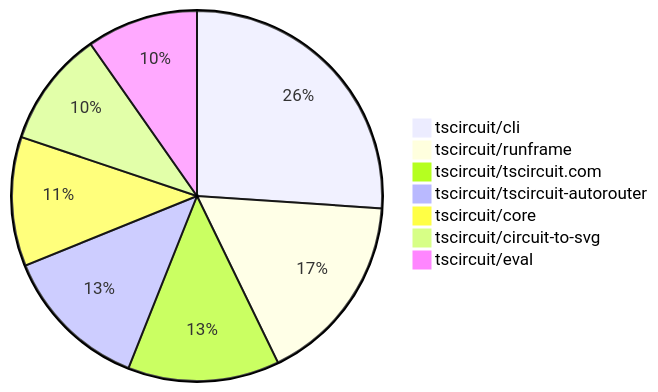
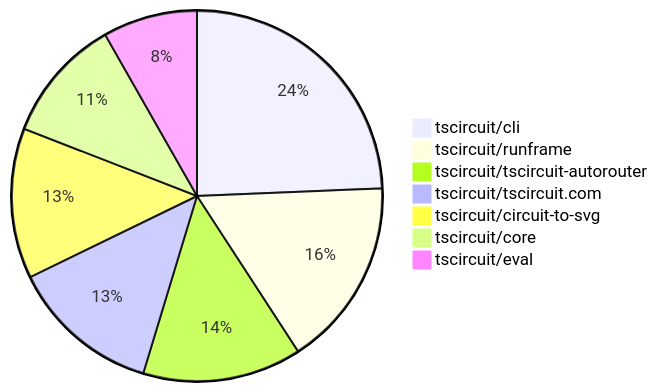
Before and after one commit to tscircuit/contribution-tracker: the second of 2 diagrams in README.md, drawn with Mermaid. The commit also changed other lines of this file and 3 other files, not shown here.

````diff
--- a/README.md
+++ b/README.md
@@ -121,10 +127,10 @@
 ```mermaid
 pie
-    "tscircuit/cli" : 67
-    "tscircuit/runframe" : 43
-    "tscircuit/tscircuit.com" : 34
-    "tscircuit/tscircuit-autorouter" : 33
+    "tscircuit/cli" : 65
+    "tscircuit/runframe" : 44
+    "tscircuit/tscircuit-autorouter" : 37
+    "tscircuit/tscircuit.com" : 35
+    "tscircuit/circuit-to-svg" : 35
     "tscircuit/core" : 29
-    "tscircuit/circuit-to-svg" : 26
-    "tscircuit/eval" : 25
+    "tscircuit/eval" : 22
 ```
````
